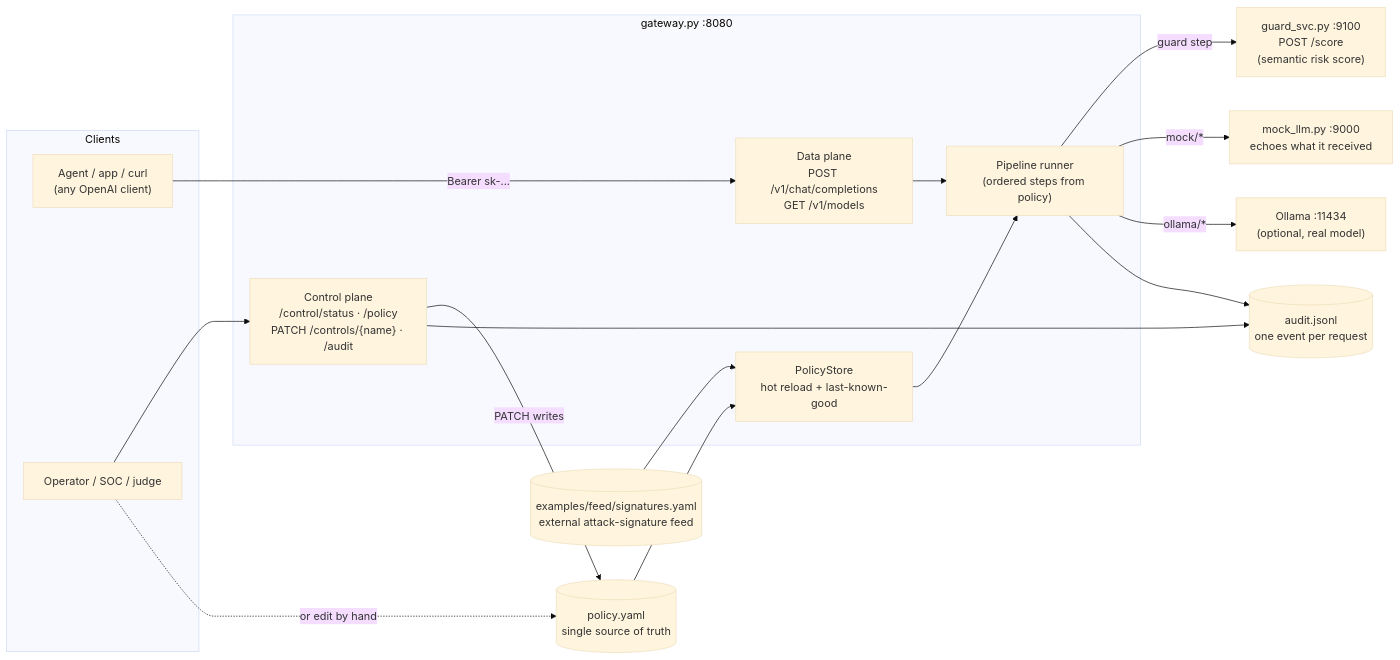
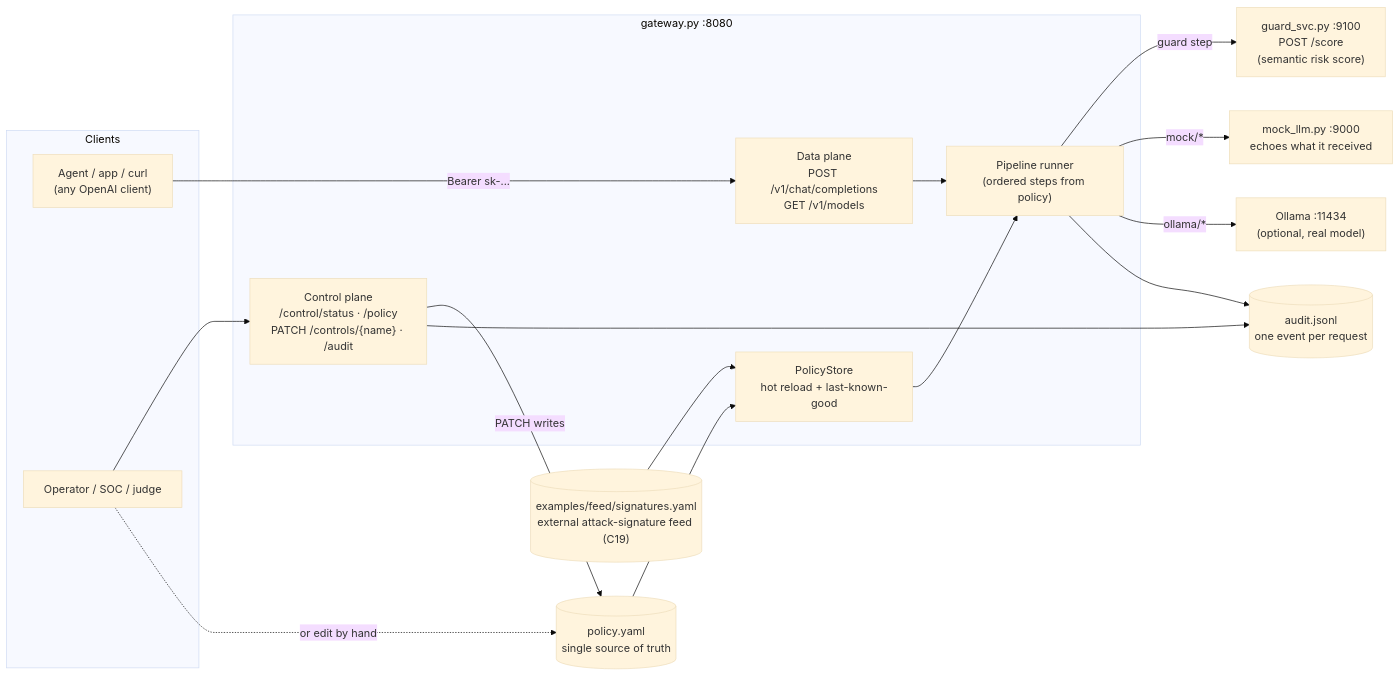
One commit to damianlech/HackYeah26 changed the first of 6 diagrams in poc/WALKTHROUGH.md. Above: the diagram before and after it, drawn with Mermaid (base theme). The commit also changed other lines of this file and 5 other files, not shown here.

````diff
--- a/poc/WALKTHROUGH.md
+++ b/poc/WALKTHROUGH.md
@@ -19,36 +19,36 @@
 ```mermaid
 flowchart LR
   subgraph CLIENTS["Clients"]
     APP["Agent / app / curl<br/>(any OpenAI client)"]
     OPS["Operator / SOC / judge"]
   end
 
   subgraph GW["gateway.py :8080"]
     DP["Data plane<br/>POST /v1/chat/completions<br/>GET /v1/models"]
     PIPE["Pipeline runner<br/>(ordered steps from policy)"]
     CP["Control plane<br/>/control/status · /policy<br/>PATCH /controls/{name} · /audit"]
     PS["PolicyStore<br/>hot reload + last-known-good"]
   end
 
   GUARD["guard_svc.py :9100<br/>POST /score<br/>(semantic risk score)"]
   MOCK["mock_llm.py :9000<br/>echoes what it received"]
   OLL["Ollama :11434<br/>(optional, real model)"]
 
   POL[("policy.yaml<br/>single source of truth")]
-  FEED[("examples/feed/signatures.yaml<br/>external attack-signature feed")]
+  FEED[("examples/feed/signatures.yaml<br/>external attack-signature feed (C19)")]
   AUD[("audit.jsonl<br/>one event per request")]
 
   APP -->|Bearer sk-...| DP
   DP --> PIPE
   PIPE -->|guard step| GUARD
   PIPE -->|"mock/*"| MOCK
   PIPE -->|"ollama/*"| OLL
   PIPE --> AUD
   OPS --> CP
   CP -->|PATCH writes| POL
   OPS -.->|or edit by hand| POL
   POL --> PS
   FEED --> PS
   PS --> PIPE
   CP --> AUD
 ```
````
